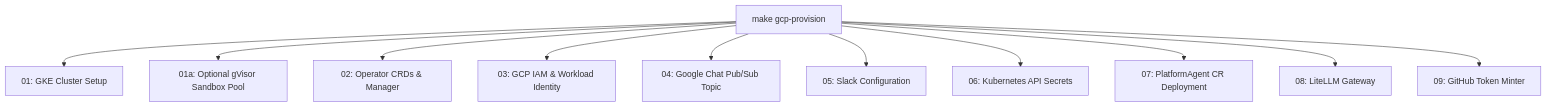
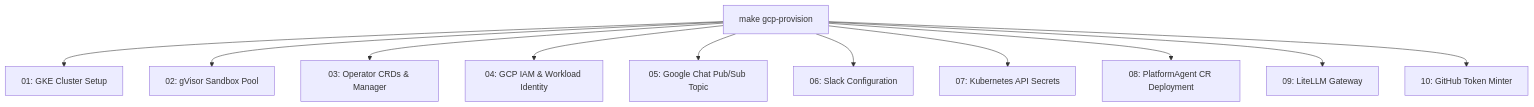
Before and after one commit to gke-agentic/kube-agents: the second of 2 diagrams in INSTALL.md, drawn with Mermaid. The commit also changed other lines of this file and 25 other files, not shown here.

Commit message:
refactor(operator): renumber gVisor step to 02 and align pipeline scripts, make targets, and docs

````diff
--- a/INSTALL.md
+++ b/INSTALL.md
@@ -73,13 +73,13 @@
 ```mermaid
 graph TD
     A[make gcp-provision] --> S01[01: GKE Cluster Setup]
-    A --> S01a[01a: Optional gVisor Sandbox Pool]
-    A --> S02[02: Operator CRDs & Manager]
-    A --> S03[03: GCP IAM & Workload Identity]
-    A --> S04[04: Google Chat Pub/Sub Topic]
-    A --> S05[05: Slack Configuration]
-    A --> S06[06: Kubernetes API Secrets]
-    A --> S07[07: PlatformAgent CR Deployment]
-    A --> S08[08: LiteLLM Gateway]
-    A --> S09[09: GitHub Token Minter]
+    A --> S02[02: gVisor Sandbox Pool]
+    A --> S03[03: Operator CRDs & Manager]
+    A --> S04[04: GCP IAM & Workload Identity]
+    A --> S05[05: Google Chat Pub/Sub Topic]
+    A --> S06[06: Slack Configuration]
+    A --> S07[07: Kubernetes API Secrets]
+    A --> S08[08: PlatformAgent CR Deployment]
+    A --> S09[09: LiteLLM Gateway]
+    A --> S10[10: GitHub Token Minter]
 ```
````
